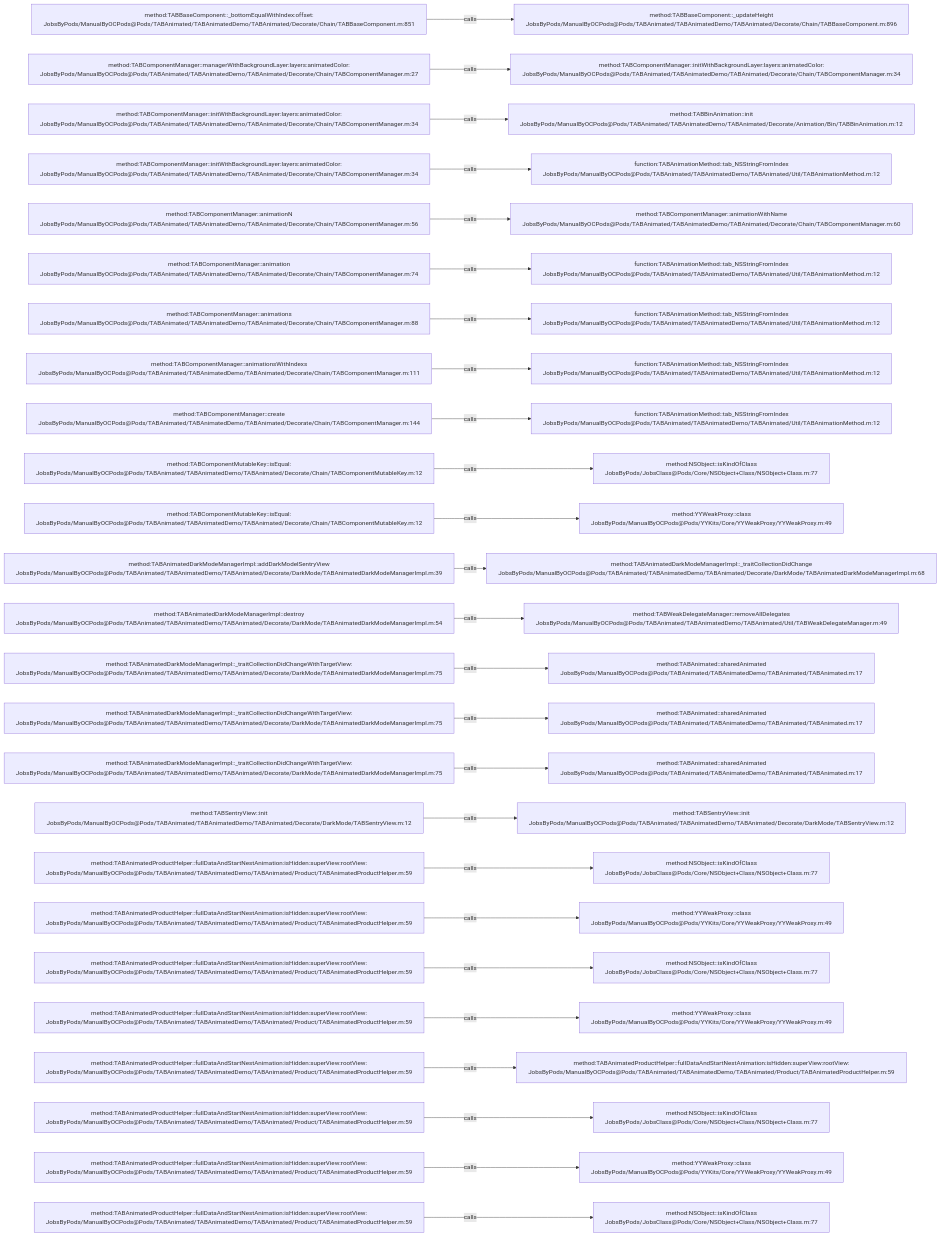
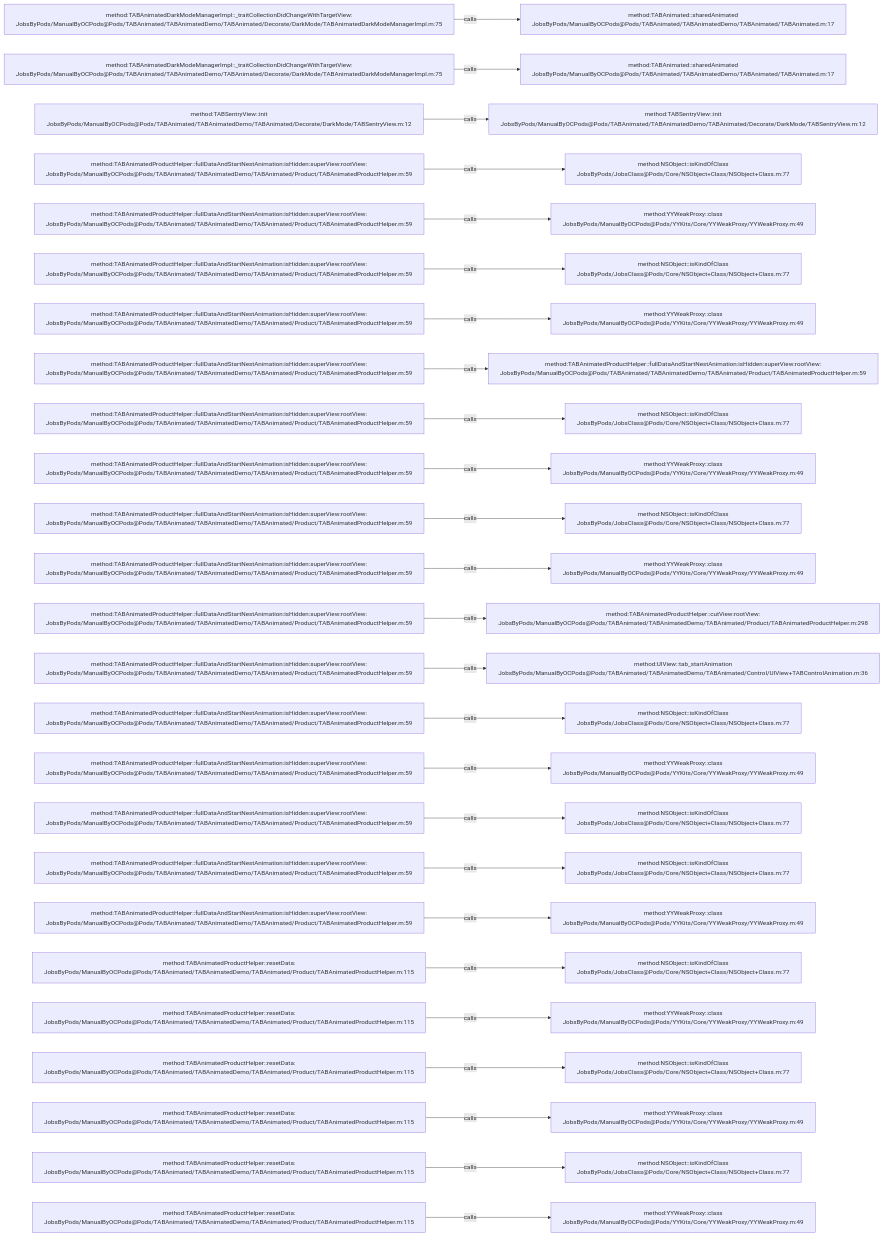
The diagram in .codegraph/codegraph.md/graphs/calls-034.md (JobsKits/JobsOCBaseConfigDemo), drawn with Mermaid before and after one commit. The commit also changed 296 other files, not shown here.

````diff
--- a/.codegraph/codegraph.md/graphs/calls-034.md
+++ b/.codegraph/codegraph.md/graphs/calls-034.md
@@ -13,78 +13,78 @@
 ```mermaid
 flowchart LR
-  S1["method:TABBaseComponent::_bottomEqualWithIndex:offset:<br/>JobsByPods/ManualByOCPods@Pods/TABAnimated/TABAnimatedDemo/TABAnimated/Decorate/Chain/TABBaseComponent.m:851"]
-  T1["method:TABBaseComponent::_updateHeight<br/>JobsByPods/ManualByOCPods@Pods/TABAnimated/TABAnimatedDemo/TABAnimated/Decorate/Chain/TABBaseComponent.m:896"]
+  S1["method:TABAnimatedDarkModeManagerImpl::_traitCollectionDidChangeWithTargetView:<br/>JobsByPods/ManualByOCPods@Pods/TABAnimated/TABAnimatedDemo/TABAnimated/Decorate/DarkMode/TABAnimatedDarkModeManagerImpl.m:75"]
+  T1["method:TABAnimated::sharedAnimated<br/>JobsByPods/ManualByOCPods@Pods/TABAnimated/TABAnimatedDemo/TABAnimated/TABAnimated.m:17"]
   S1 -->|calls| T1
-  S2["method:TABComponentManager::managerWithBackgroundLayer:layers:animatedColor:<br/>JobsByPods/ManualByOCPods@Pods/TABAnimated/TABAnimatedDemo/TABAnimated/Decorate/Chain/TABComponentManager.m:27"]
-  T2["method:TABComponentManager::initWithBackgroundLayer:layers:animatedColor:<br/>JobsByPods/ManualByOCPods@Pods/TABAnimated/TABAnimatedDemo/TABAnimated/Decorate/Chain/TABComponentManager.m:34"]
+  S2["method:TABAnimatedDarkModeManagerImpl::_traitCollectionDidChangeWithTargetView:<br/>JobsByPods/ManualByOCPods@Pods/TABAnimated/TABAnimatedDemo/TABAnimated/Decorate/DarkMode/TABAnimatedDarkModeManagerImpl.m:75"]
+  T2["method:TABAnimated::sharedAnimated<br/>JobsByPods/ManualByOCPods@Pods/TABAnimated/TABAnimatedDemo/TABAnimated/TABAnimated.m:17"]
   S2 -->|calls| T2
-  S3["method:TABComponentManager::initWithBackgroundLayer:layers:animatedColor:<br/>JobsByPods/ManualByOCPods@Pods/TABAnimated/TABAnimatedDemo/TABAnimated/Decorate/Chain/TABComponentManager.m:34"]
-  T3["method:TABBinAnimation::init<br/>JobsByPods/ManualByOCPods@Pods/TABAnimated/TABAnimatedDemo/TABAnimated/Decorate/Animation/Bin/TABBinAnimation.m:12"]
+  S3["method:TABSentryView::init<br/>JobsByPods/ManualByOCPods@Pods/TABAnimated/TABAnimatedDemo/TABAnimated/Decorate/DarkMode/TABSentryView.m:12"]
+  T3["method:TABSentryView::init<br/>JobsByPods/ManualByOCPods@Pods/TABAnimated/TABAnimatedDemo/TABAnimated/Decorate/DarkMode/TABSentryView.m:12"]
   S3 -->|calls| T3
-  S4["method:TABComponentManager::initWithBackgroundLayer:layers:animatedColor:<br/>JobsByPods/ManualByOCPods@Pods/TABAnimated/TABAnimatedDemo/TABAnimated/Decorate/Chain/TABComponentManager.m:34"]
-  T4["function:TABAnimationMethod::tab_NSStringFromIndex<br/>JobsByPods/ManualByOCPods@Pods/TABAnimated/TABAnimatedDemo/TABAnimated/Util/TABAnimationMethod.m:12"]
+  S4["method:TABAnimatedProductHelper::fullDataAndStartNestAnimation:isHidden:superView:rootView:<br/>JobsByPods/ManualByOCPods@Pods/TABAnimated/TABAnimatedDemo/TABAnimated/Product/TABAnimatedProductHelper.m:59"]
+  T4["method:NSObject::isKindOfClass<br/>JobsByPods/JobsClass@Pods/Core/NSObject+Class/NSObject+Class.m:77"]
   S4 -->|calls| T4
-  S5["method:TABComponentManager::animationN<br/>JobsByPods/ManualByOCPods@Pods/TABAnimated/TABAnimatedDemo/TABAnimated/Decorate/Chain/TABComponentManager.m:56"]
-  T5["method:TABComponentManager::animationWithName<br/>JobsByPods/ManualByOCPods@Pods/TABAnimated/TABAnimatedDemo/TABAnimated/Decorate/Chain/TABComponentManager.m:60"]
+  S5["method:TABAnimatedProductHelper::fullDataAndStartNestAnimation:isHidden:superView:rootView:<br/>JobsByPods/ManualByOCPods@Pods/TABAnimated/TABAnimatedDemo/TABAnimated/Product/TABAnimatedProductHelper.m:59"]
+  T5["method:YYWeakProxy::class<br/>JobsByPods/ManualByOCPods@Pods/YYKits/Core/YYWeakProxy/YYWeakProxy.m:49"]
   S5 -->|calls| T5
-  S6["method:TABComponentManager::animation<br/>JobsByPods/ManualByOCPods@Pods/TABAnimated/TABAnimatedDemo/TABAnimated/Decorate/Chain/TABComponentManager.m:74"]
-  T6["function:TABAnimationMethod::tab_NSStringFromIndex<br/>JobsByPods/ManualByOCPods@Pods/TABAnimated/TABAnimatedDemo/TABAnimated/Util/TABAnimationMethod.m:12"]
+  S6["method:TABAnimatedProductHelper::fullDataAndStartNestAnimation:isHidden:superView:rootView:<br/>JobsByPods/ManualByOCPods@Pods/TABAnimated/TABAnimatedDemo/TABAnimated/Product/TABAnimatedProductHelper.m:59"]
+  T6["method:NSObject::isKindOfClass<br/>JobsByPods/JobsClass@Pods/Core/NSObject+Class/NSObject+Class.m:77"]
   S6 -->|calls| T6
-  S7["method:TABComponentManager::animations<br/>JobsByPods/ManualByOCPods@Pods/TABAnimated/TABAnimatedDemo/TABAnimated/Decorate/Chain/TABComponentManager.m:88"]
-  T7["function:TABAnimationMethod::tab_NSStringFromIndex<br/>JobsByPods/ManualByOCPods@Pods/TABAnimated/TABAnimatedDemo/TABAnimated/Util/TABAnimationMethod.m:12"]
+  S7["method:TABAnimatedProductHelper::fullDataAndStartNestAnimation:isHidden:superView:rootView:<br/>JobsByPods/ManualByOCPods@Pods/TABAnimated/TABAnimatedDemo/TABAnimated/Product/TABAnimatedProductHelper.m:59"]
+  T7["method:YYWeakProxy::class<br/>JobsByPods/ManualByOCPods@Pods/YYKits/Core/YYWeakProxy/YYWeakProxy.m:49"]
   S7 -->|calls| T7
-  S8["method:TABComponentManager::animationsWithIndexs<br/>JobsByPods/ManualByOCPods@Pods/TABAnimated/TABAnimatedDemo/TABAnimated/Decorate/Chain/TABComponentManager.m:111"]
-  T8["function:TABAnimationMethod::tab_NSStringFromIndex<br/>JobsByPods/ManualByOCPods@Pods/TABAnimated/TABAnimatedDemo/TABAnimated/Util/TABAnimationMethod.m:12"]
+  S8["method:TABAnimatedProductHelper::fullDataAndStartNestAnimation:isHidden:superView:rootView:<br/>JobsByPods/ManualByOCPods@Pods/TABAnimated/TABAnimatedDemo/TABAnimated/Product/TABAnimatedProductHelper.m:59"]
+  T8["method:TABAnimatedProductHelper::fullDataAndStartNestAnimation:isHidden:superView:rootView:<br/>JobsByPods/ManualByOCPods@Pods/TABAnimated/TABAnimatedDemo/TABAnimated/Product/TABAnimatedProductHelper.m:59"]
   S8 -->|calls| T8
-  S9["method:TABComponentManager::create<br/>JobsByPods/ManualByOCPods@Pods/TABAnimated/TABAnimatedDemo/TABAnimated/Decorate/Chain/TABComponentManager.m:144"]
-  T9["function:TABAnimationMethod::tab_NSStringFromIndex<br/>JobsByPods/ManualByOCPods@Pods/TABAnimated/TABAnimatedDemo/TABAnimated/Util/TABAnimationMethod.m:12"]
+  S9["method:TABAnimatedProductHelper::fullDataAndStartNestAnimation:isHidden:superView:rootView:<br/>JobsByPods/ManualByOCPods@Pods/TABAnimated/TABAnimatedDemo/TABAnimated/Product/TABAnimatedProductHelper.m:59"]
+  T9["method:NSObject::isKindOfClass<br/>JobsByPods/JobsClass@Pods/Core/NSObject+Class/NSObject+Class.m:77"]
   S9 -->|calls| T9
-  S10["method:TABComponentMutableKey::isEqual:<br/>JobsByPods/ManualByOCPods@Pods/TABAnimated/TABAnimatedDemo/TABAnimated/Decorate/Chain/TABComponentMutableKey.m:12"]
-  T10["method:NSObject::isKindOfClass<br/>JobsByPods/JobsClass@Pods/Core/NSObject+Class/NSObject+Class.m:77"]
+  S10["method:TABAnimatedProductHelper::fullDataAndStartNestAnimation:isHidden:superView:rootView:<br/>JobsByPods/ManualByOCPods@Pods/TABAnimated/TABAnimatedDemo/TABAnimated/Product/TABAnimatedProductHelper.m:59"]
+  T10["method:YYWeakProxy::class<br/>JobsByPods/ManualByOCPods@Pods/YYKits/Core/YYWeakProxy/YYWeakProxy.m:49"]
   S10 -->|calls| T10
-  S11["method:TABComponentMutableKey::isEqual:<br/>JobsByPods/ManualByOCPods@Pods/TABAnimated/TABAnimatedDemo/TABAnimated/Decorate/Chain/TABComponentMutableKey.m:12"]
-  T11["method:YYWeakProxy::class<br/>JobsByPods/ManualByOCPods@Pods/YYKits/Core/YYWeakProxy/YYWeakProxy.m:49"]
+  S11["method:TABAnimatedProductHelper::fullDataAndStartNestAnimation:isHidden:superView:rootView:<br/>JobsByPods/ManualByOCPods@Pods/TABAnimated/TABAnimatedDemo/TABAnimated/Product/TABAnimatedProductHelper.m:59"]
+  T11["method:NSObject::isKindOfClass<br/>JobsByPods/JobsClass@Pods/Core/NSObject+Class/NSObject+Class.m:77"]
   S11 -->|calls| T11
-  S12["method:TABAnimatedDarkModeManagerImpl::addDarkModelSentryView<br/>JobsByPods/ManualByOCPods@Pods/TABAnimated/TABAnimatedDemo/TABAnimated/Decorate/DarkMode/TABAnimatedDarkModeManagerImpl.m:39"]
-  T12["method:TABAnimatedDarkModeManagerImpl::_traitCollectionDidChange<br/>JobsByPods/ManualByOCPods@Pods/TABAnimated/TABAnimatedDemo/TABAnimated/Decorate/DarkMode/TABAnimatedDarkModeManagerImpl.m:68"]
+  S12["method:TABAnimatedProductHelper::fullDataAndStartNestAnimation:isHidden:superView:rootView:<br/>JobsByPods/ManualByOCPods@Pods/TABAnimated/TABAnimatedDemo/TABAnimated/Product/TABAnimatedProductHelper.m:59"]
+  T12["method:YYWeakProxy::class<br/>JobsByPods/ManualByOCPods@Pods/YYKits/Core/YYWeakProxy/YYWeakProxy.m:49"]
   S12 -->|calls| T12
-  S13["method:TABAnimatedDarkModeManagerImpl::destroy<br/>JobsByPods/ManualByOCPods@Pods/TABAnimated/TABAnimatedDemo/TABAnimated/Decorate/DarkMode/TABAnimatedDarkModeManagerImpl.m:54"]
-  T13["method:TABWeakDelegateManager::removeAllDelegates<br/>JobsByPods/ManualByOCPods@Pods/TABAnimated/TABAnimatedDemo/TABAnimated/Util/TABWeakDelegateManager.m:49"]
+  S13["method:TABAnimatedProductHelper::fullDataAndStartNestAnimation:isHidden:superView:rootView:<br/>JobsByPods/ManualByOCPods@Pods/TABAnimated/TABAnimatedDemo/TABAnimated/Product/TABAnimatedProductHelper.m:59"]
+  T13["method:TABAnimatedProductHelper::cutView:rootView:<br/>JobsByPods/ManualByOCPods@Pods/TABAnimated/TABAnimatedDemo/TABAnimated/Product/TABAnimatedProductHelper.m:298"]
   S13 -->|calls| T13
-  S14["method:TABAnimatedDarkModeManagerImpl::_traitCollectionDidChangeWithTargetView:<br/>JobsByPods/ManualByOCPods@Pods/TABAnimated/TABAnimatedDemo/TABAnimated/Decorate/DarkMode/TABAnimatedDarkModeManagerImpl.m:75"]
-  T14["method:TABAnimated::sharedAnimated<br/>JobsByPods/ManualByOCPods@Pods/TABAnimated/TABAnimatedDemo/TABAnimated/TABAnimated.m:17"]
+  S14["method:TABAnimatedProductHelper::fullDataAndStartNestAnimation:isHidden:superView:rootView:<br/>JobsByPods/ManualByOCPods@Pods/TABAnimated/TABAnimatedDemo/TABAnimated/Product/TABAnimatedProductHelper.m:59"]
+  T14["method:UIView::tab_startAnimation<br/>JobsByPods/ManualByOCPods@Pods/TABAnimated/TABAnimatedDemo/TABAnimated/Control/UIView+TABControlAnimation.m:36"]
   S14 -->|calls| T14
-  S15["method:TABAnimatedDarkModeManagerImpl::_traitCollectionDidChangeWithTargetView:<br/>JobsByPods/ManualByOCPods@Pods/TABAnimated/TABAnimatedDemo/TABAnimated/Decorate/DarkMode/TABAnimatedDarkModeManagerImpl.m:75"]
-  T15["method:TABAnimated::sharedAnimated<br/>JobsByPods/ManualByOCPods@Pods/TABAnimated/TABAnimatedDemo/TABAnimated/TABAnimated.m:17"]
+  S15["method:TABAnimatedProductHelper::fullDataAndStartNestAnimation:isHidden:superView:rootView:<br/>JobsByPods/ManualByOCPods@Pods/TABAnimated/TABAnimatedDemo/TABAnimated/Product/TABAnimatedProductHelper.m:59"]
+  T15["method:NSObject::isKindOfClass<br/>JobsByPods/JobsClass@Pods/Core/NSObject+Class/NSObject+Class.m:77"]
   S15 -->|calls| T15
-  S16["method:TABAnimatedDarkModeManagerImpl::_traitCollectionDidChangeWithTargetView:<br/>JobsByPods/ManualByOCPods@Pods/TABAnimated/TABAnimatedDemo/TABAnimated/Decorate/DarkMode/TABAnimatedDarkModeManagerImpl.m:75"]
-  T16["method:TABAnimated::sharedAnimated<br/>JobsByPods/ManualByOCPods@Pods/TABAnimated/TABAnimatedDemo/TABAnimated/TABAnimated.m:17"]
+  S16["method:TABAnimatedProductHelper::fullDataAndStartNestAnimation:isHidden:superView:rootView:<br/>JobsByPods/ManualByOCPods@Pods/TABAnimated/TABAnimatedDemo/TABAnimated/Product/TABAnimatedProductHelper.m:59"]
+  T16["method:YYWeakProxy::class<br/>JobsByPods/ManualByOCPods@Pods/YYKits/Core/YYWeakProxy/YYWeakProxy.m:49"]
   S16 -->|calls| T16
-  S17["method:TABSentryView::init<br/>JobsByPods/ManualByOCPods@Pods/TABAnimated/TABAnimatedDemo/TABAnimated/Decorate/DarkMode/TABSentryView.m:12"]
-  T17["method:TABSentryView::init<br/>JobsByPods/ManualByOCPods@Pods/TABAnimated/TABAnimatedDemo/TABAnimated/Decorate/DarkMode/TABSentryView.m:12"]
+  S17["method:TABAnimatedProductHelper::fullDataAndStartNestAnimation:isHidden:superView:rootView:<br/>JobsByPods/ManualByOCPods@Pods/TABAnimated/TABAnimatedDemo/TABAnimated/Product/TABAnimatedProductHelper.m:59"]
+  T17["method:NSObject::isKindOfClass<br/>JobsByPods/JobsClass@Pods/Core/NSObject+Class/NSObject+Class.m:77"]
   S17 -->|calls| T17
   S18["method:TABAnimatedProductHelper::fullDataAndStartNestAnimation:isHidden:superView:rootView:<br/>JobsByPods/ManualByOCPods@Pods/TABAnimated/TABAnimatedDemo/TABAnimated/Product/TABAnimatedProductHelper.m:59"]
   T18["method:NSObject::isKindOfClass<br/>JobsByPods/JobsClass@Pods/Core/NSObject+Class/NSObject+Class.m:77"]
   S18 -->|calls| T18
   S19["method:TABAnimatedProductHelper::fullDataAndStartNestAnimation:isHidden:superView:rootView:<br/>JobsByPods/ManualByOCPods@Pods/TABAnimated/TABAnimatedDemo/TABAnimated/Product/TABAnimatedProductHelper.m:59"]
   T19["method:YYWeakProxy::class<br/>JobsByPods/ManualByOCPods@Pods/YYKits/Core/YYWeakProxy/YYWeakProxy.m:49"]
   S19 -->|calls| T19
-  S20["method:TABAnimatedProductHelper::fullDataAndStartNestAnimation:isHidden:superView:rootView:<br/>JobsByPods/ManualByOCPods@Pods/TABAnimated/TABAnimatedDemo/TABAnimated/Product/TABAnimatedProductHelper.m:59"]
+  S20["method:TABAnimatedProductHelper::resetData:<br/>JobsByPods/ManualByOCPods@Pods/TABAnimated/TABAnimatedDemo/TABAnimated/Product/TABAnimatedProductHelper.m:115"]
   T20["method:NSObject::isKindOfClass<br/>JobsByPods/JobsClass@Pods/Core/NSObject+Class/NSObject+Class.m:77"]
   S20 -->|calls| T20
-  S21["method:TABAnimatedProductHelper::fullDataAndStartNestAnimation:isHidden:superView:rootView:<br/>JobsByPods/ManualByOCPods@Pods/TABAnimated/TABAnimatedDemo/TABAnimated/Product/TABAnimatedProductHelper.m:59"]
+  S21["method:TABAnimatedProductHelper::resetData:<br/>JobsByPods/ManualByOCPods@Pods/TABAnimated/TABAnimatedDemo/TABAnimated/Product/TABAnimatedProductHelper.m:115"]
   T21["method:YYWeakProxy::class<br/>JobsByPods/ManualByOCPods@Pods/YYKits/Core/YYWeakProxy/YYWeakProxy.m:49"]
   S21 -->|calls| T21
-  S22["method:TABAnimatedProductHelper::fullDataAndStartNestAnimation:isHidden:superView:rootView:<br/>JobsByPods/ManualByOCPods@Pods/TABAnimated/TABAnimatedDemo/TABAnimated/Product/TABAnimatedProductHelper.m:59"]
-  T22["method:TABAnimatedProductHelper::fullDataAndStartNestAnimation:isHidden:superView:rootView:<br/>JobsByPods/ManualByOCPods@Pods/TABAnimated/TABAnimatedDemo/TABAnimated/Product/TABAnimatedProductHelper.m:59"]
+  S22["method:TABAnimatedProductHelper::resetData:<br/>JobsByPods/ManualByOCPods@Pods/TABAnimated/TABAnimatedDemo/TABAnimated/Product/TABAnimatedProductHelper.m:115"]
+  T22["method:NSObject::isKindOfClass<br/>JobsByPods/JobsClass@Pods/Core/NSObject+Class/NSObject+Class.m:77"]
   S22 -->|calls| T22
-  S23["method:TABAnimatedProductHelper::fullDataAndStartNestAnimation:isHidden:superView:rootView:<br/>JobsByPods/ManualByOCPods@Pods/TABAnimated/TABAnimatedDemo/TABAnimated/Product/TABAnimatedProductHelper.m:59"]
-  T23["method:NSObject::isKindOfClass<br/>JobsByPods/JobsClass@Pods/Core/NSObject+Class/NSObject+Class.m:77"]
+  S23["method:TABAnimatedProductHelper::resetData:<br/>JobsByPods/ManualByOCPods@Pods/TABAnimated/TABAnimatedDemo/TABAnimated/Product/TABAnimatedProductHelper.m:115"]
+  T23["method:YYWeakProxy::class<br/>JobsByPods/ManualByOCPods@Pods/YYKits/Core/YYWeakProxy/YYWeakProxy.m:49"]
   S23 -->|calls| T23
-  S24["method:TABAnimatedProductHelper::fullDataAndStartNestAnimation:isHidden:superView:rootView:<br/>JobsByPods/ManualByOCPods@Pods/TABAnimated/TABAnimatedDemo/TABAnimated/Product/TABAnimatedProductHelper.m:59"]
-  T24["method:YYWeakProxy::class<br/>JobsByPods/ManualByOCPods@Pods/YYKits/Core/YYWeakProxy/YYWeakProxy.m:49"]
+  S24["method:TABAnimatedProductHelper::resetData:<br/>JobsByPods/ManualByOCPods@Pods/TABAnimated/TABAnimatedDemo/TABAnimated/Product/TABAnimatedProductHelper.m:115"]
+  T24["method:NSObject::isKindOfClass<br/>JobsByPods/JobsClass@Pods/Core/NSObject+Class/NSObject+Class.m:77"]
   S24 -->|calls| T24
-  S25["method:TABAnimatedProductHelper::fullDataAndStartNestAnimation:isHidden:superView:rootView:<br/>JobsByPods/ManualByOCPods@Pods/TABAnimated/TABAnimatedDemo/TABAnimated/Product/TABAnimatedProductHelper.m:59"]
-  T25["method:NSObject::isKindOfClass<br/>JobsByPods/JobsClass@Pods/Core/NSObject+Class/NSObject+Class.m:77"]
+  S25["method:TABAnimatedProductHelper::resetData:<br/>JobsByPods/ManualByOCPods@Pods/TABAnimated/TABAnimatedDemo/TABAnimated/Product/TABAnimatedProductHelper.m:115"]
+  T25["method:YYWeakProxy::class<br/>JobsByPods/ManualByOCPods@Pods/YYKits/Core/YYWeakProxy/YYWeakProxy.m:49"]
   S25 -->|calls| T25
 ```
````
